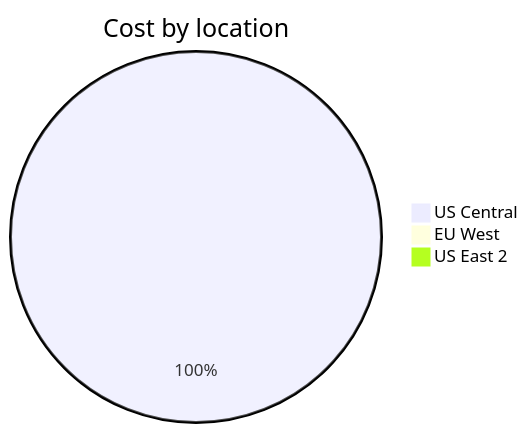
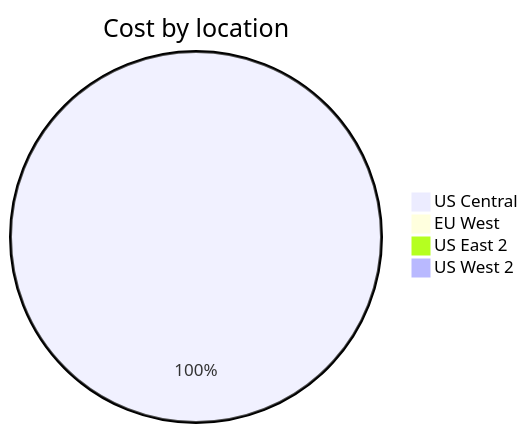
The third of 4 diagrams in cost-reports/personal-site/personal-site-preview.md (jpfulton/azure-personal-reports), drawn with Mermaid before and after one commit. The commit also changed other lines of this file and 6 other files, not shown here.

````diff
--- a/cost-reports/personal-site/personal-site-preview.md
+++ b/cost-reports/personal-site/personal-site-preview.md
@@ -105,7 +106,8 @@
 ```mermaid
 pie
    title Cost by location
-   "US Central" : 0.85
+   "US Central" : 1.16
    "EU West" : 0.00
    "US East 2" : 0.00
+   "US West 2" : 0.00
 ```
````
